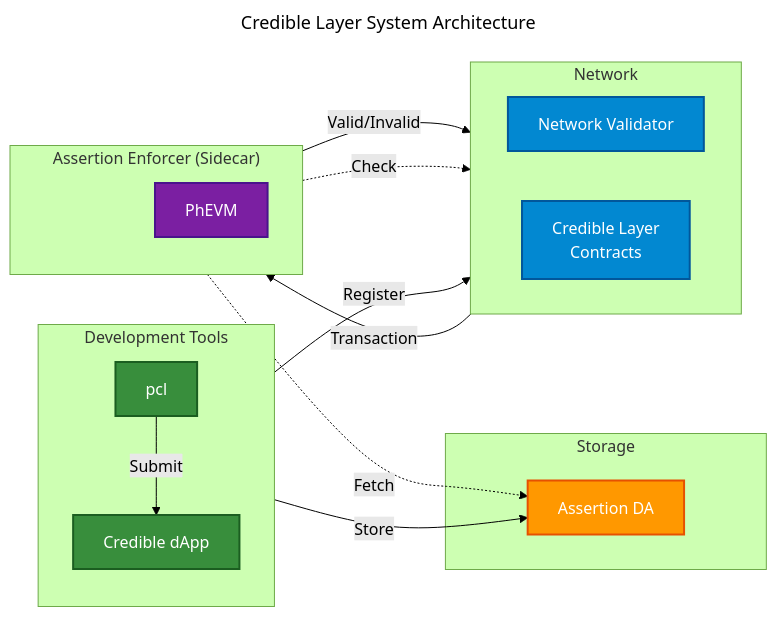
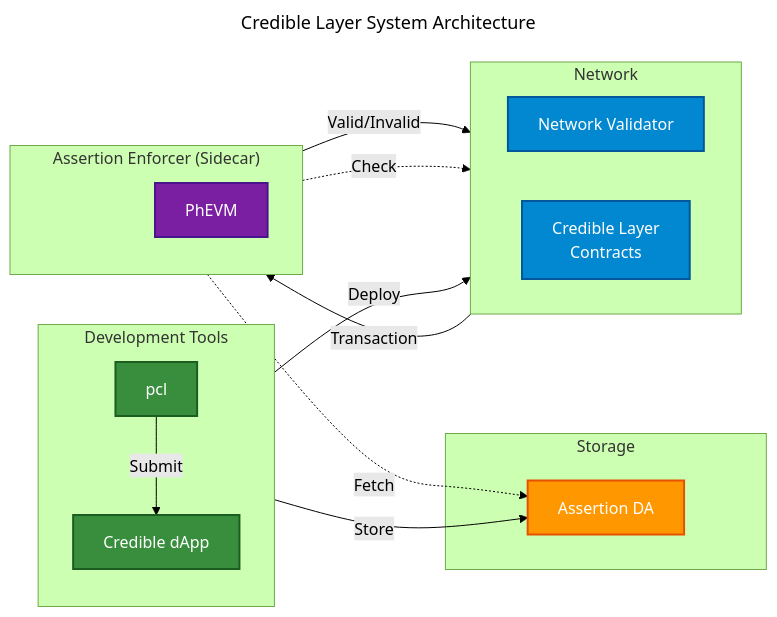
One commit to phylaxsystems/phylax-docs changed the first of 3 diagrams in credible/architecture-overview.mdx. Above: the diagram before and after it, drawn with Mermaid (forest theme). The commit also changed other lines of this file and 13 other files, not shown here.

````diff
--- a/credible/architecture-overview.mdx
+++ b/credible/architecture-overview.mdx
@@ -39,48 +39,48 @@
 ```mermaid
 ---
 title: Credible Layer System Architecture
 ---
 flowchart LR
     subgraph dev["Development Tools"]
         direction TB
         CLI["pcl"]
         DAPP["Credible dApp"]
     end
 
     subgraph storage["Storage"]
         DA["Assertion DA"]
     end
 
     subgraph network["Network"]
         direction LR
         VALIDATOR["Network Validator"]
         REGISTRY["Credible Layer<br/>Contracts"]
     end
 
     subgraph enforcer["Assertion Enforcer (Sidecar)"]
         direction TB
         SPACER_E[" "]
         PhEVM["PhEVM"]
     end
 
     CLI -->|"Store"| DA
     CLI -->|"Submit"| DAPP
-    DAPP -->|"Register"| REGISTRY
+    DAPP -->|"Deploy"| REGISTRY
 
     VALIDATOR -->|"Transaction"| PhEVM
     PhEVM -->|"Valid/Invalid"| VALIDATOR
     PhEVM -.->|"Fetch"| DA
     PhEVM -.->|"Check"| REGISTRY
 
     classDef dev fill:#388e3c,stroke:#1b5e20,stroke-width:2px,color:#fff
     classDef storage fill:#ff9800,stroke:#e65100,stroke-width:2px,color:#fff
     classDef network fill:#0288d1,stroke:#01579b,stroke-width:2px,color:#fff
     classDef sidecar fill:#7b1fa2,stroke:#4a148c,stroke-width:2px,color:#fff
     classDef invisible fill:none,stroke:none
 
     class CLI,DAPP dev
     class DA storage
     class VALIDATOR,REGISTRY network
     class PhEVM sidecar
     class SPACER_E invisible
 ```
````
